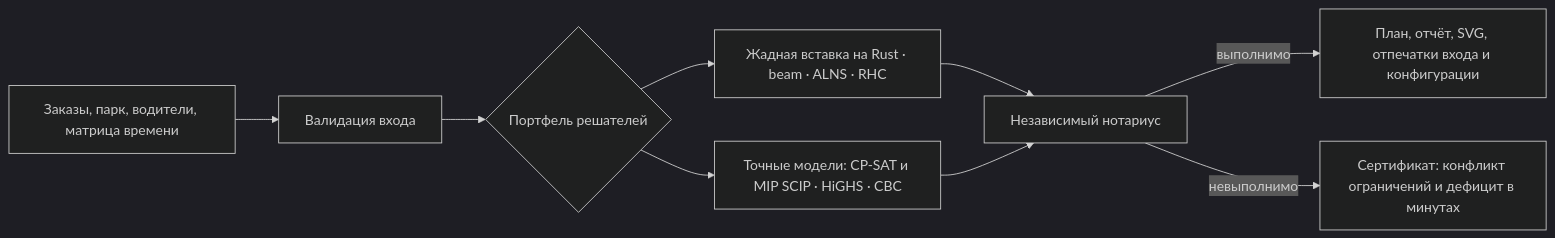
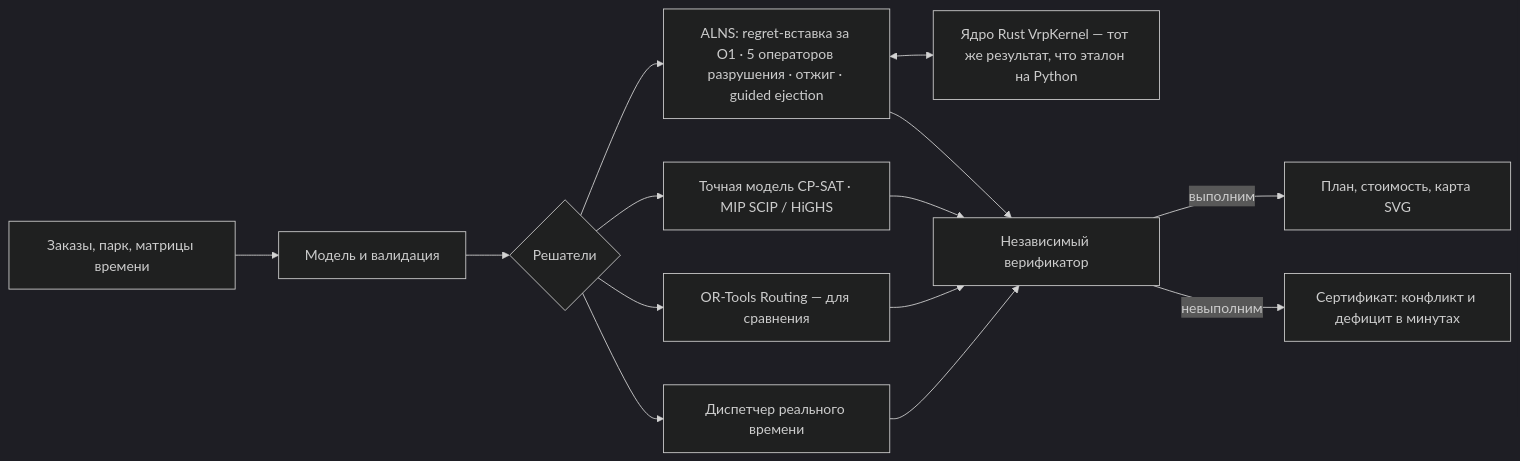
One commit to KonkovDV/SynAPS-MobiRoute changed the diagram in README.md. Above: the diagram before and after it, drawn with Mermaid (dark theme). The commit also changed other lines of this file and 28 other files, not shown here.

````diff
--- a/README.md
+++ b/README.md
@@ -56,11 +62,16 @@
 ```mermaid
 flowchart LR
-  A[Заказы, парк, водители, матрица времени] --> B[Валидация входа]
-  B --> C{Портфель решателей}
-  C --> D[Жадная вставка на Rust · beam · ALNS · RHC]
-  C --> E[Точные модели: CP-SAT и MIP SCIP · HiGHS · CBC]
-  D --> F[Независимый нотариус]
-  E --> F
-  F -->|выполнимо| G[План, отчёт, SVG, отпечатки входа и конфигурации]
-  F -->|невыполнимо| H[Сертификат: конфликт ограничений и дефицит в минутах]
+  A[Заказы, парк, матрицы времени] --> B[Модель и валидация]
+  B --> C{Решатели}
+  C --> D[ALNS: regret-вставка за O1 · 5 операторов разрушения · отжиг · guided ejection]
+  D <--> K[Ядро Rust VrpKernel — тот же результат, что эталон на Python]
+  C --> E[Точная модель CP-SAT · MIP SCIP / HiGHS]
+  C --> O[OR-Tools Routing — для сравнения]
+  C --> R[Диспетчер реального времени]
+  D --> V[Независимый верификатор]
+  E --> V
+  O --> V
+  R --> V
+  V -->|выполним| P[План, стоимость, карта SVG]
+  V -->|невыполним| H[Сертификат: конфликт и дефицит в минутах]
 ```
````
